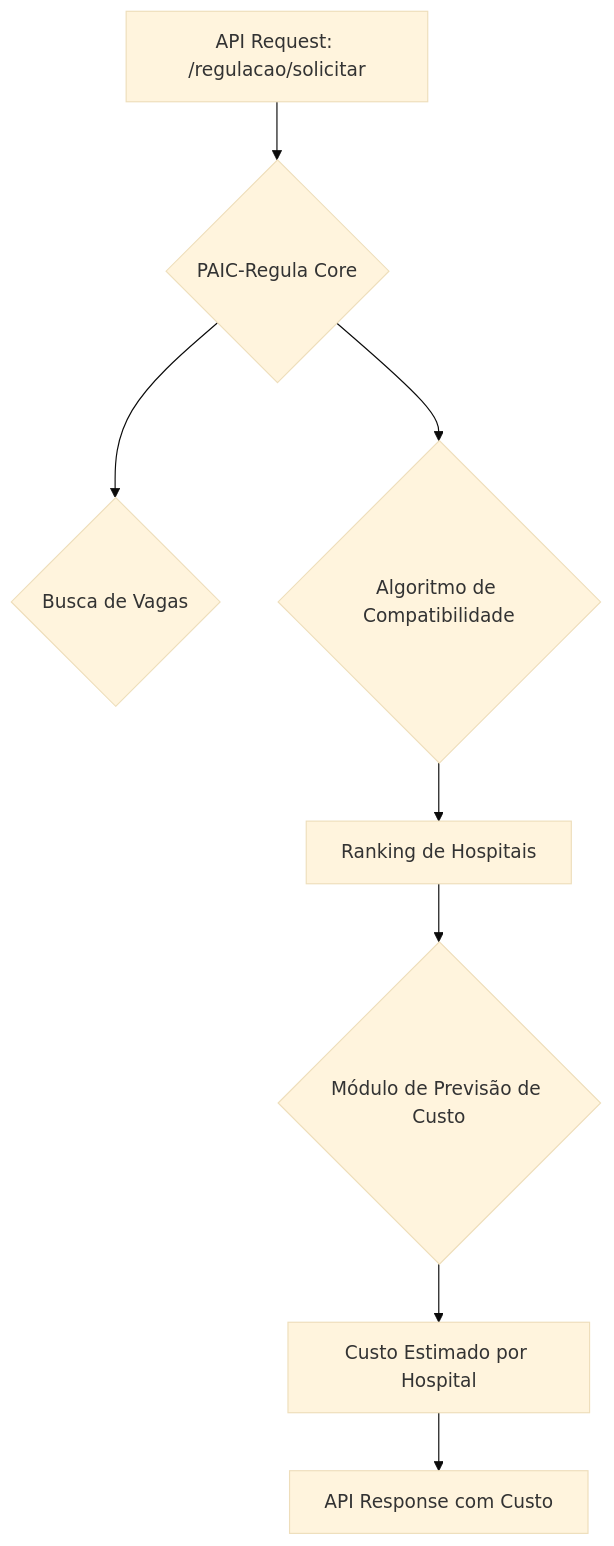
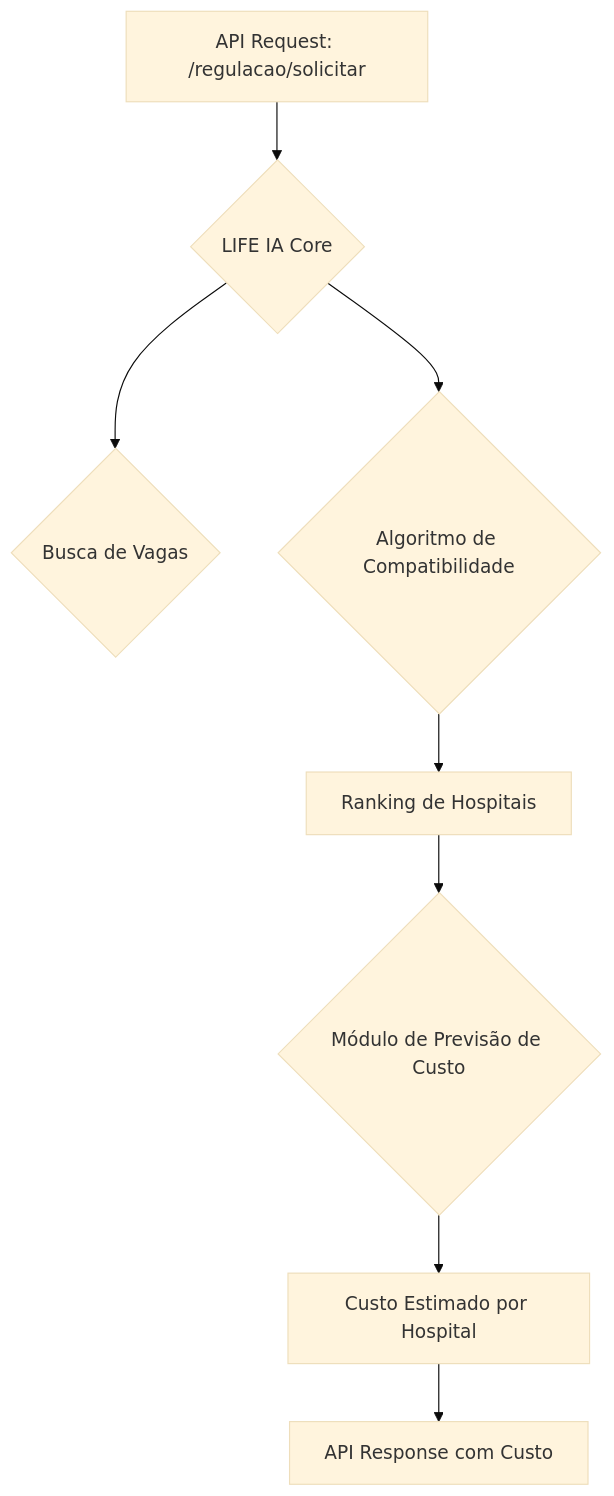
One commit to LiviaMor/regulacao-ms changed the first of 3 diagrams in PREVISAO_CUSTOS.md. Above: the diagram before and after it, drawn with Mermaid (base theme). The commit also changed other lines of this file and 27 other files, not shown here.

````diff
--- a/PREVISAO_CUSTOS.md
+++ b/PREVISAO_CUSTOS.md
@@ -28,10 +28,10 @@
 ```mermaid
 graph TD
-    A[API Request: /regulacao/solicitar] --> B{PAIC-Regula Core};
+    A[API Request: /regulacao/solicitar] --> B{LIFE IA Core};
     B --> C{Busca de Vagas};
     B --> D{Algoritmo de Compatibilidade};
     D --> E[Ranking de Hospitais];
     E --> F{Módulo de Previsão de Custo};
     F --> G[Custo Estimado por Hospital];
     G --> H[API Response com Custo];
 ```
````
